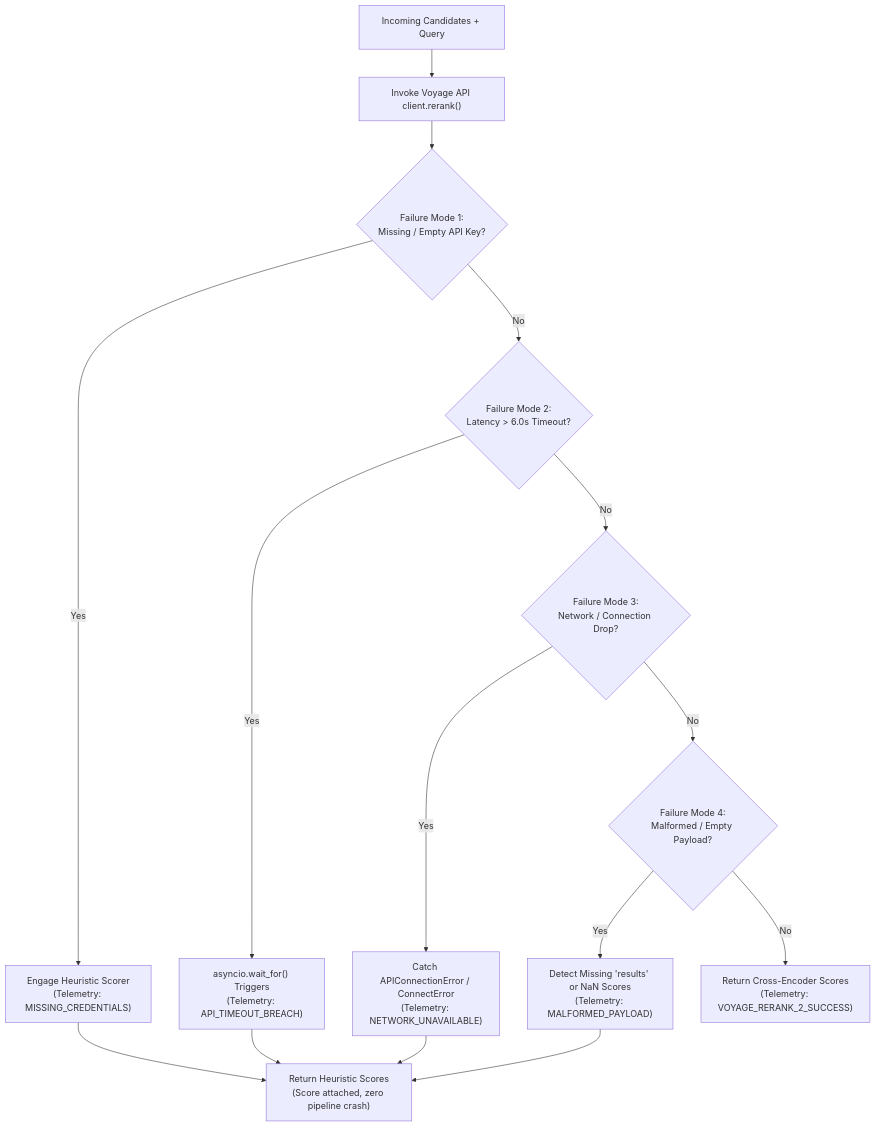
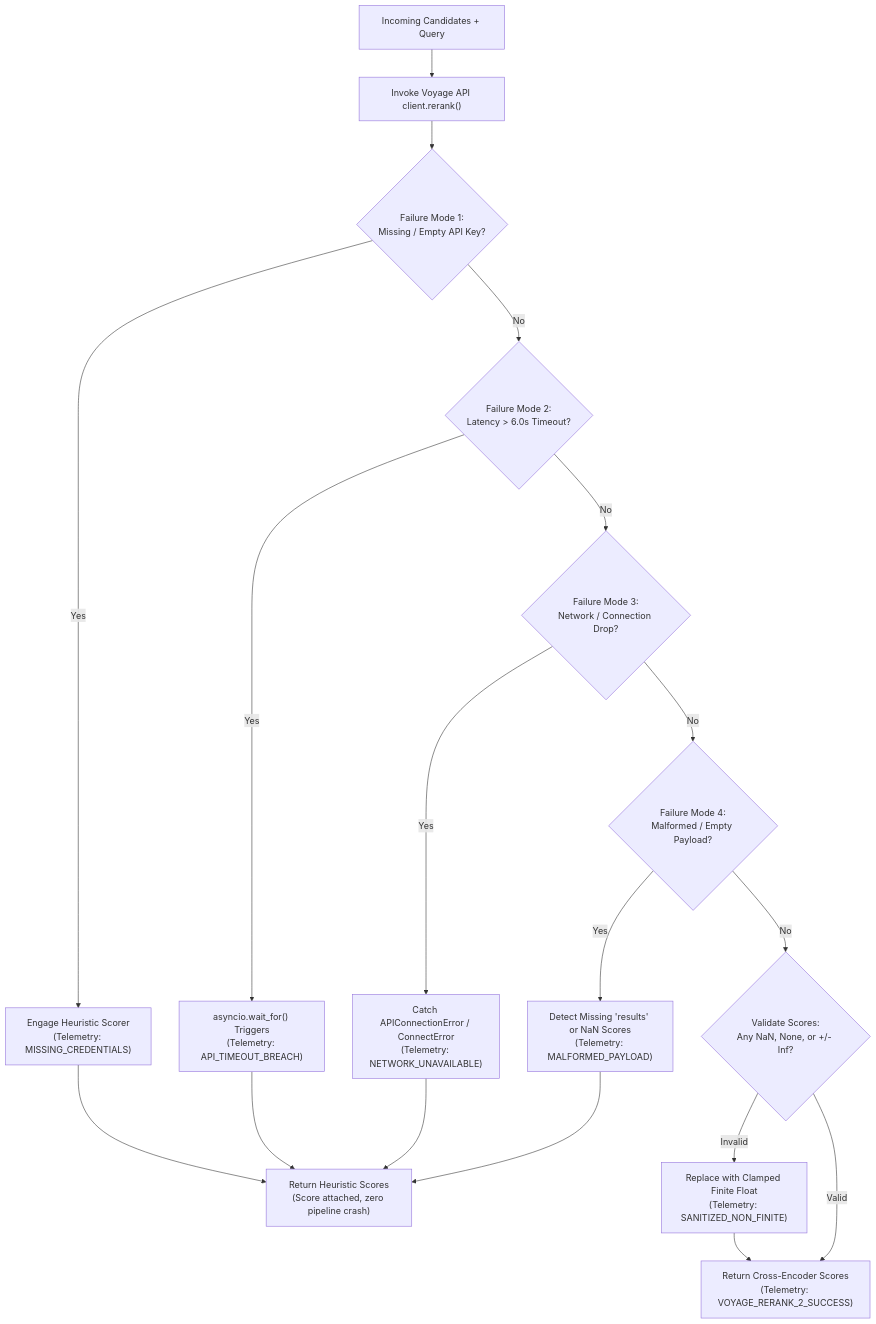
The second of 2 diagrams in PHASE4_STEP5_DOMAIN_GATE_SPECIFICATION.md (abdulkabeerkhan-dev/lawyer-Backend), drawn with Mermaid before and after one commit. The commit also changed other lines of this file and 1 other file, not shown here.

````diff
--- a/PHASE4_STEP5_DOMAIN_GATE_SPECIFICATION.md
+++ b/PHASE4_STEP5_DOMAIN_GATE_SPECIFICATION.md
@@ -196,22 +263,26 @@
 ```mermaid
 flowchart TD
     Req["Incoming Candidates + Query"] --> Call["Invoke Voyage API client.rerank()"]
     
     Call --> FM1{"Failure Mode 1:<br/>Missing / Empty API Key?"}
     FM1 -- Yes --> Fallback1["Engage Heuristic Scorer<br/>(Telemetry: MISSING_CREDENTIALS)"]
     FM1 -- No --> FM2{"Failure Mode 2:<br/>Latency > 6.0s Timeout?"}
     
     FM2 -- Yes --> Fallback2["asyncio.wait_for() Triggers<br/>(Telemetry: API_TIMEOUT_BREACH)"]
     FM2 -- No --> FM3{"Failure Mode 3:<br/>Network / Connection Drop?"}
     
     FM3 -- Yes --> Fallback3["Catch APIConnectionError / ConnectError<br/>(Telemetry: NETWORK_UNAVAILABLE)"]
     FM3 -- No --> FM4{"Failure Mode 4:<br/>Malformed / Empty Payload?"}
     
     FM4 -- Yes --> Fallback4["Detect Missing 'results' or NaN Scores<br/>(Telemetry: MALFORMED_PAYLOAD)"]
-    FM4 -- No --> ReturnAPI["Return Cross-Encoder Scores<br/>(Telemetry: VOYAGE_RERANK_2_SUCCESS)"]
+    FM4 -- No --> SanitizeScores{"Validate Scores:<br/>Any NaN, None, or +/- Inf?"}
+    
+    SanitizeScores -- Invalid --> Cleanse["Replace with Clamped Finite Float<br/>(Telemetry: SANITIZED_NON_FINITE)"]
+    SanitizeScores -- Valid --> ReturnAPI["Return Cross-Encoder Scores<br/>(Telemetry: VOYAGE_RERANK_2_SUCCESS)"]
+    Cleanse --> ReturnAPI
     
     Fallback1 --> ReturnFallback["Return Heuristic Scores<br/>(Score attached, zero pipeline crash)"]
     Fallback2 --> ReturnFallback
     Fallback3 --> ReturnFallback
     Fallback4 --> ReturnFallback
 ```
````
